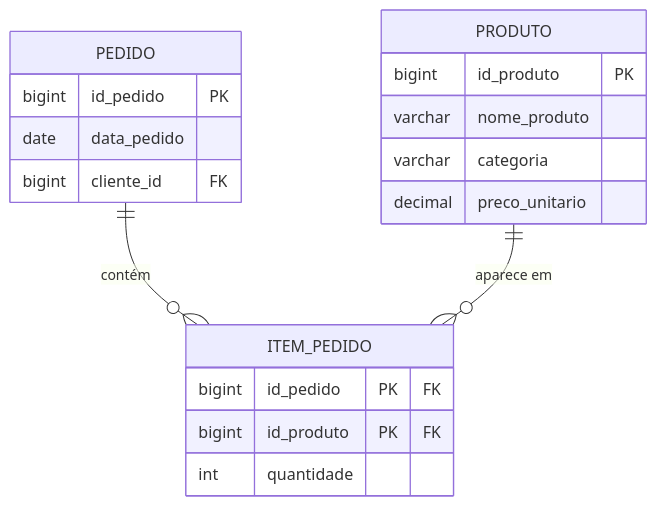
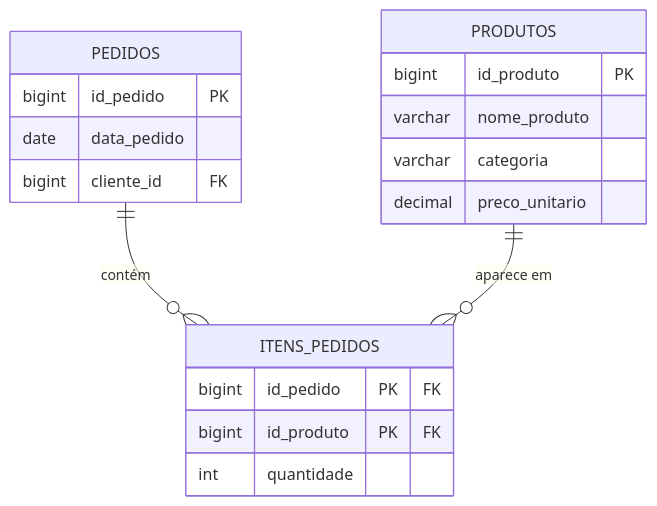
One commit to DSM-Fatec-Jahu/BDR-DSM-2026-2 changed the fourth of 9 diagrams in docs/aulas/Aula_02_Normalizacao.md. Above: the diagram before and after it, drawn with Mermaid. The commit also changed other lines of this file and 1 other file, not shown here.

````diff
--- a/docs/aulas/Aula_02_Normalizacao.md
+++ b/docs/aulas/Aula_02_Normalizacao.md
@@ -270,24 +280,24 @@
 ```mermaid
 erDiagram
-    PEDIDO {
+    PEDIDOS {
         bigint id_pedido PK
         date data_pedido
         bigint cliente_id FK
     }
 
-    PRODUTO {
+    PRODUTOS {
         bigint id_produto PK
         varchar nome_produto
         varchar categoria
         decimal preco_unitario
     }
 
-    ITEM_PEDIDO {
+    ITENS_PEDIDOS {
         bigint id_pedido PK "FK"
         bigint id_produto PK "FK"
         int quantidade
     }
 
-    PEDIDO ||--o{ ITEM_PEDIDO : "contém"
-    PRODUTO ||--o{ ITEM_PEDIDO : "aparece em"
+    PEDIDOS ||--o{ ITENS_PEDIDOS : "contém"
+    PRODUTOS ||--o{ ITENS_PEDIDOS : "aparece em"
 ```
````
